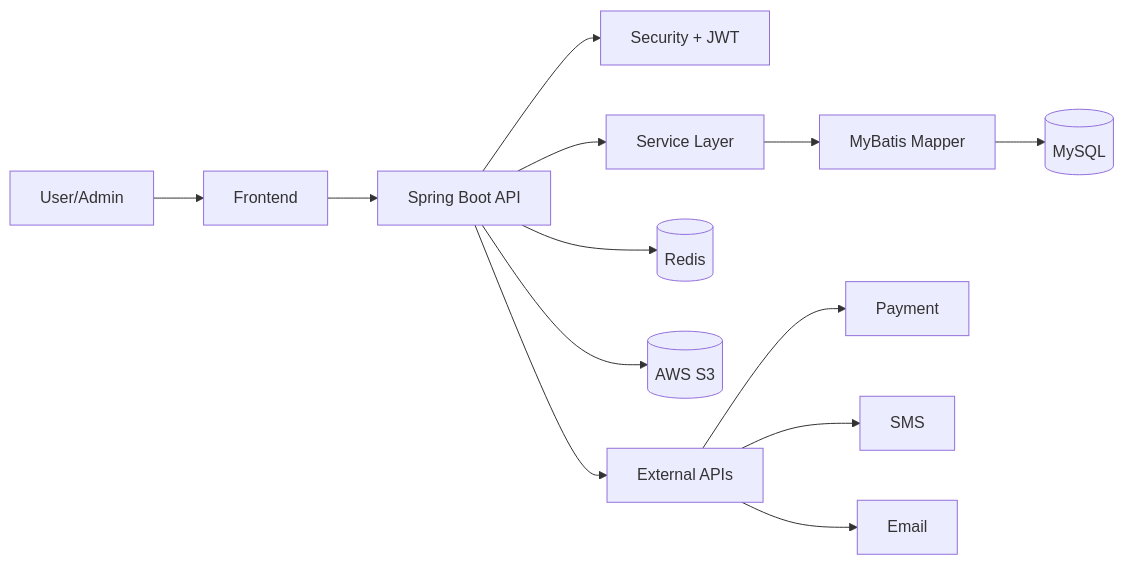
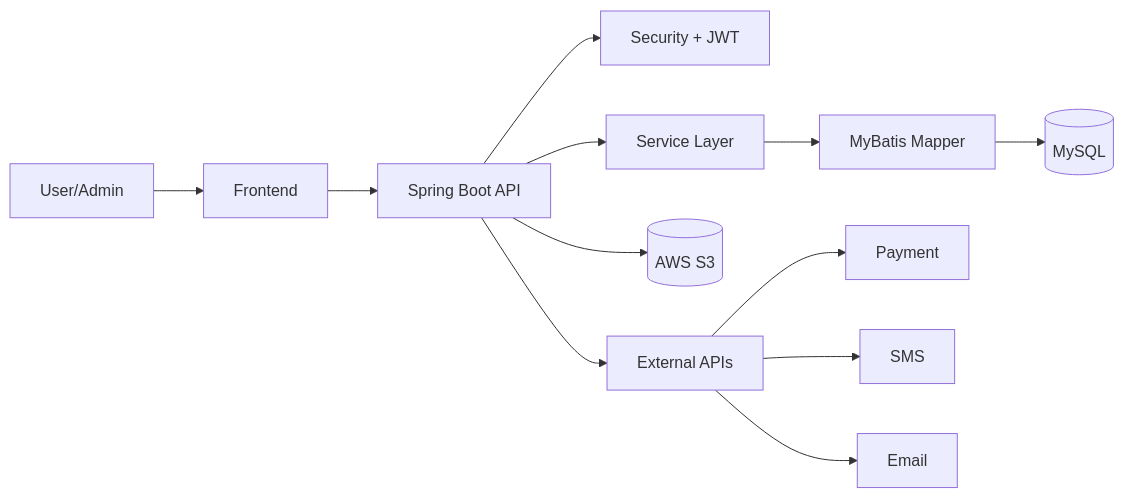
The diagram in README.md (mjkang4416/MIDNEAR_BACKEND), drawn with Mermaid before and after one commit. The commit also changed other lines of this file, not shown here.

````diff
--- a/README.md
+++ b/README.md
@@ -62,15 +74,14 @@
 ```mermaid
 flowchart LR
     User[User/Admin] --> FE[Frontend]
     FE --> API[Spring Boot API]
     API --> SEC[Security + JWT]
     API --> SERVICE[Service Layer]
     SERVICE --> MAPPER[MyBatis Mapper]
     MAPPER --> DB[(MySQL)]
-    API --> REDIS[(Redis)]
     API --> S3[(AWS S3)]
     API --> EXT[External APIs]
     EXT --> PAY[Payment]
     EXT --> SMS[SMS]
     EXT --> MAIL[Email]
 ```
````
